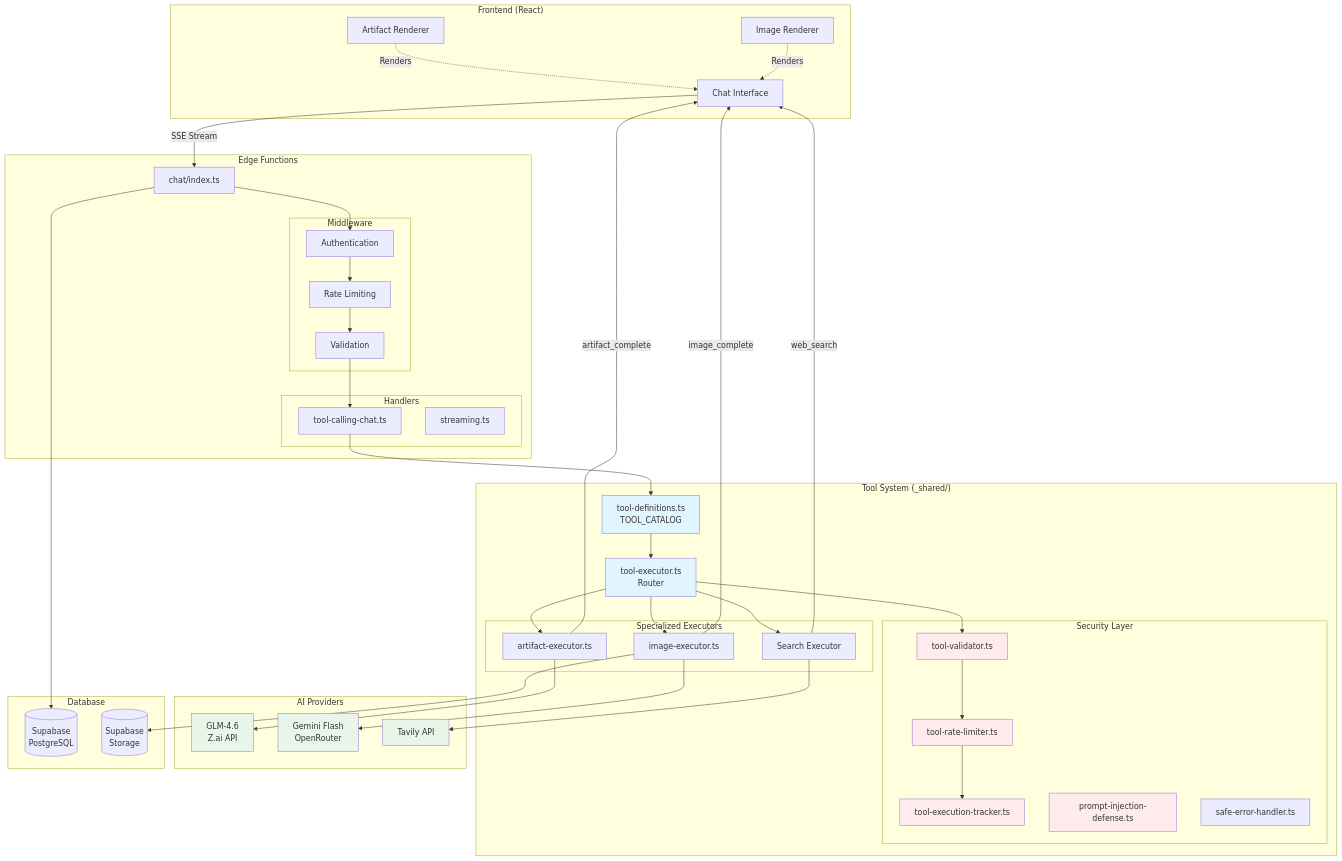
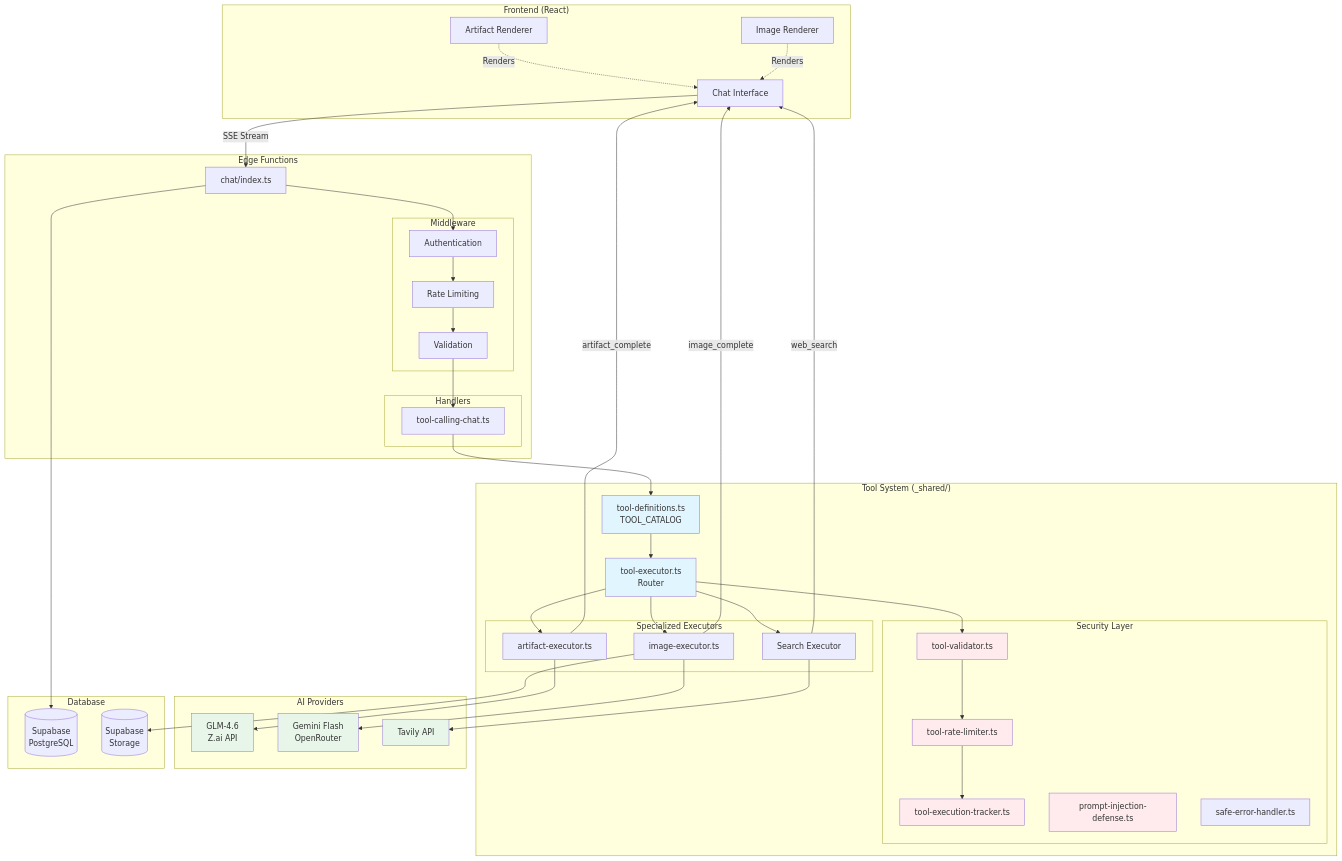
The first of 10 diagrams in docs/UNIFIED_TOOL_ARCHITECTURE.md (NickB03/vana), drawn with Mermaid before and after one commit. The commit also changed other lines of this file and 53 other files, not shown here.

```diff
--- a/docs/UNIFIED_TOOL_ARCHITECTURE.md
+++ b/docs/UNIFIED_TOOL_ARCHITECTURE.md
@@ -34,7 +34,6 @@
 
         subgraph "Handlers"
             TCH[tool-calling-chat.ts]
-            STR[streaming.ts]
         end
 
         subgraph "Middleware"
```
